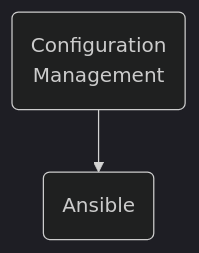
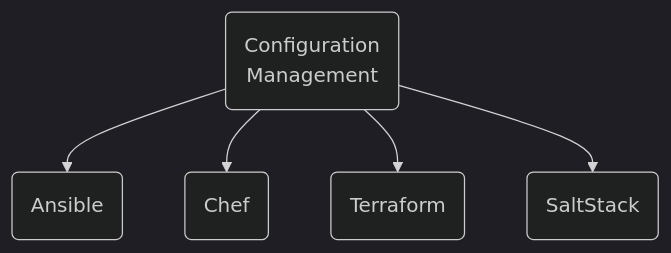
Before and after one commit to 60pportunities/documentacao: the ninth of 17 diagrams in docs/recipe_60pportunities_felicidade_003.md, drawn with Mermaid (dark theme). The commit also changed other lines of this file and 2 other files, not shown here.

````diff
--- a/docs/recipe_60pportunities_felicidade_003.md
+++ b/docs/recipe_60pportunities_felicidade_003.md
@@ -72,4 +125,4 @@
 ```mermaid
 flowchart TD
-   id9(Configuration</br>Management) --> id901(Ansible)
+   id9(Configuration</br>Management) --> id901(Ansible) & id902(Chef)  & id903(Terraform) & id904(SaltStack)
 ```
````
